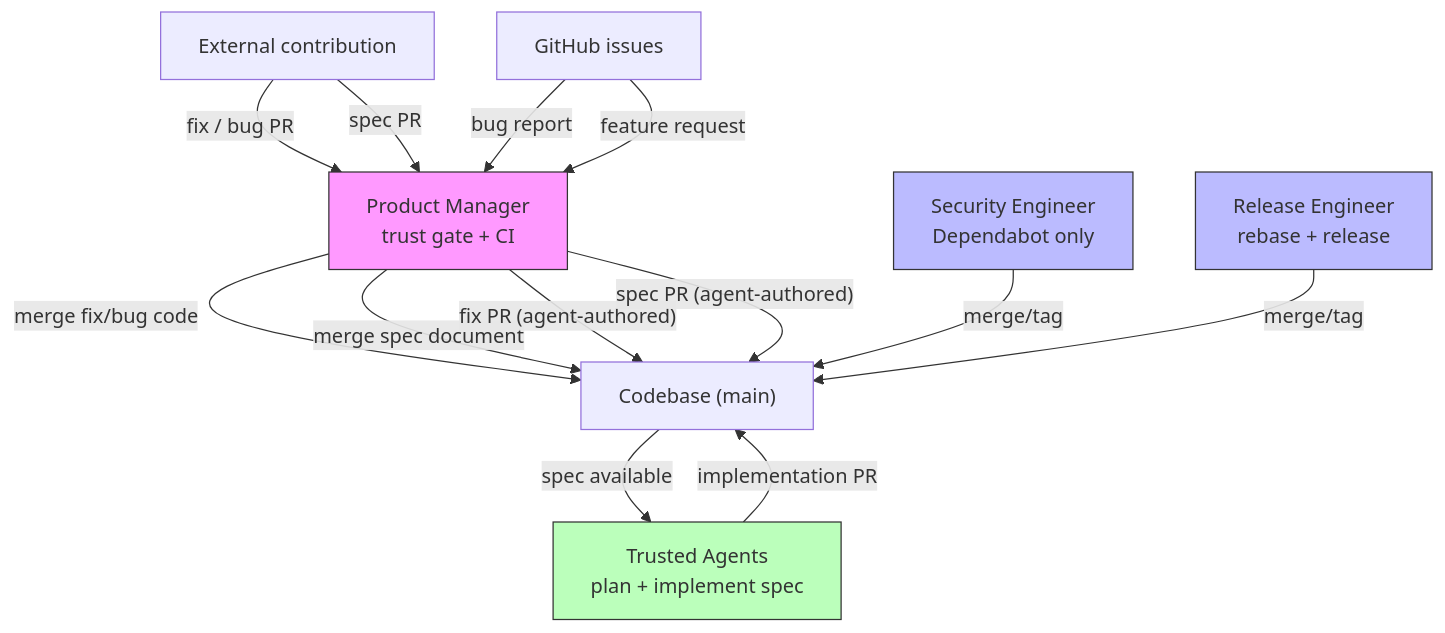
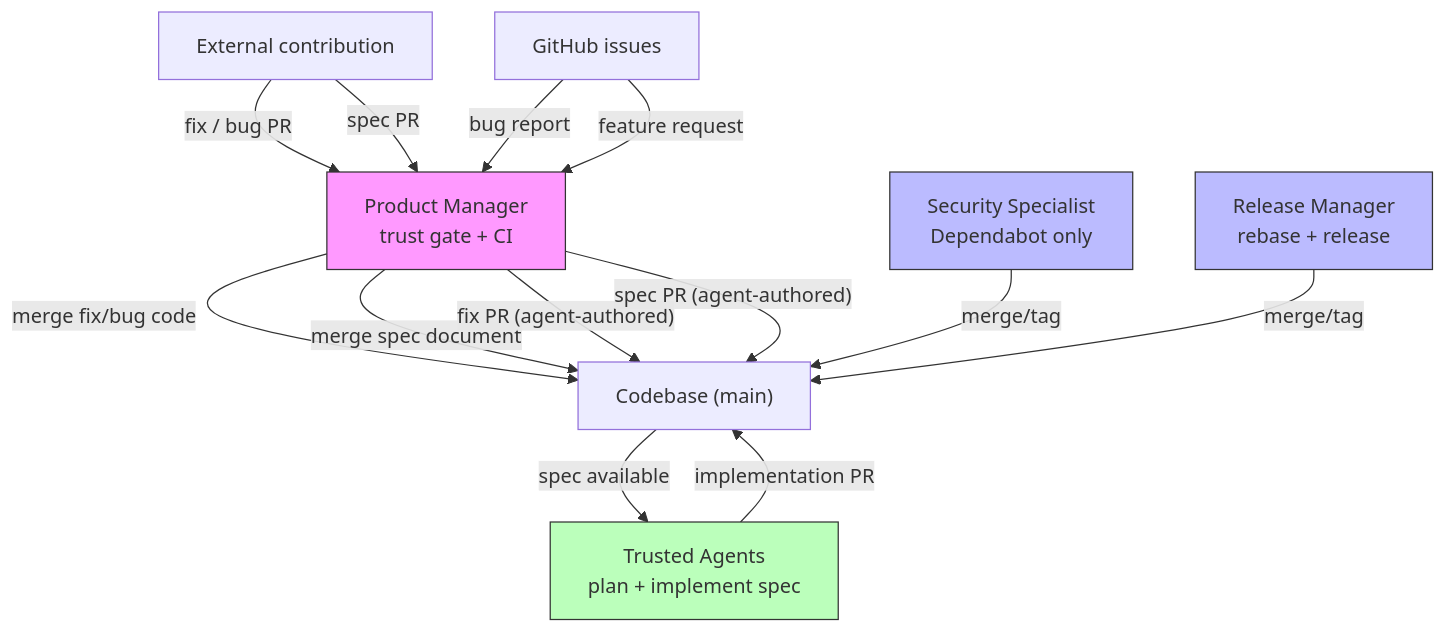
One commit to forwardimpact/monorepo changed the third of 3 diagrams in CONTINUOUS_IMPROVEMENT.md. Above: the diagram before and after it, drawn with Mermaid. The commit also changed other lines of this file and 38 other files, not shown here.

````diff
--- a/CONTINUOUS_IMPROVEMENT.md
+++ b/CONTINUOUS_IMPROVEMENT.md
@@ -163,31 +163,31 @@
 ```mermaid
 graph TD
     EXT["External contribution"]
     ISS["GitHub issues"]
     PM["Product Manager<br/>trust gate + CI"]
     CB["Codebase (main)"]
-    SE["Security Engineer<br/>Dependabot only"]
-    RE["Release Engineer<br/>rebase + release"]
+    SE["Security Specialist<br/>Dependabot only"]
+    RE["Release Manager<br/>rebase + release"]
 
     EXT -- "fix / bug PR" --> PM
     EXT -- "spec PR" --> PM
     PM -- "merge fix/bug code" --> CB
     PM -- "merge spec document" --> CB
 
     ISS -- "bug report" --> PM
     ISS -- "feature request" --> PM
     PM -- "fix PR (agent-authored)" --> CB
     PM -- "spec PR (agent-authored)" --> CB
 
     CB -- "spec available" --> TA
     TA["Trusted Agents<br/>plan + implement spec"]
     TA -- "implementation PR" --> CB
 
     SE -- "merge/tag" --> CB
     RE -- "merge/tag" --> CB
 
     style PM fill:#f9f,stroke:#333
     style TA fill:#bfb,stroke:#333
     style SE fill:#bbf,stroke:#333
     style RE fill:#bbf,stroke:#333
 ```
````
